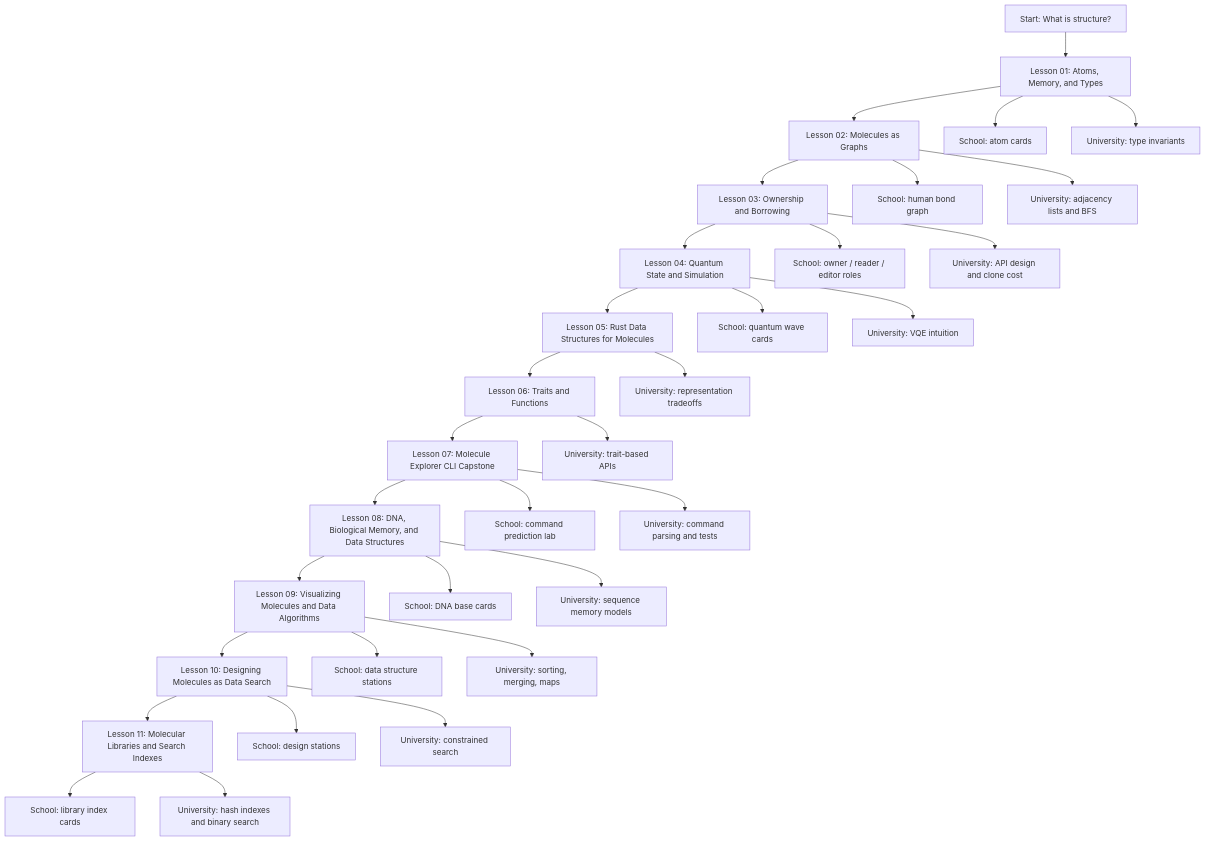
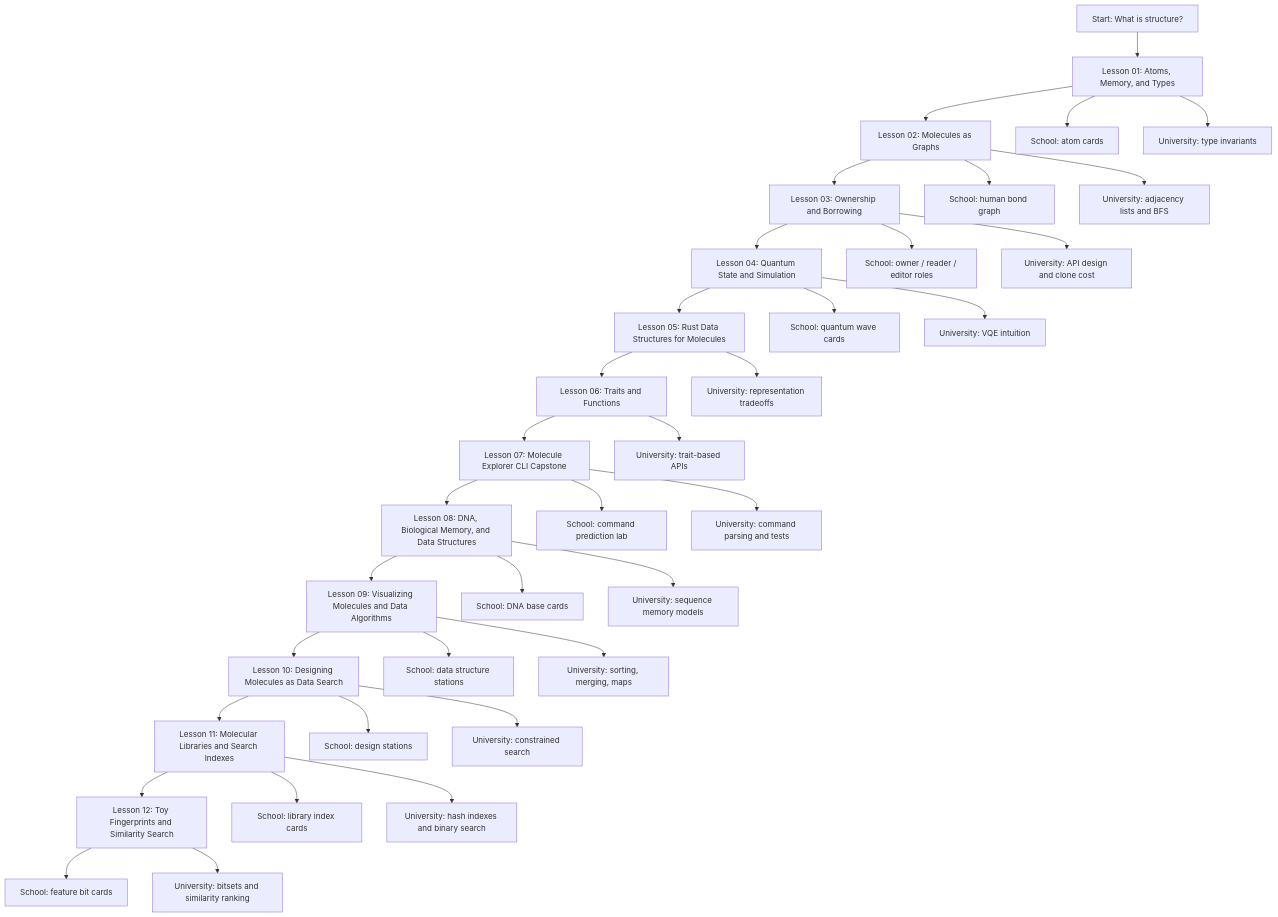
Before and after one commit to shastaratech/bio-memory-rust-lab: the diagram in visuals/mermaid/course-map.md, drawn with Mermaid. The commit also changed 21 other files, not shown here.

Commit message:
feat: add toy fingerprint similarity lesson

````diff
--- a/visuals/mermaid/course-map.md
+++ b/visuals/mermaid/course-map.md
@@ -9,36 +9,39 @@
 ```mermaid
 flowchart TD
     A["Start: What is structure?"] --> B["Lesson 01: Atoms, Memory, and Types"]
     B --> C["Lesson 02: Molecules as Graphs"]
     C --> D["Lesson 03: Ownership and Borrowing"]
     D --> E["Lesson 04: Quantum State and Simulation"]
     E --> F["Lesson 05: Rust Data Structures for Molecules"]
     F --> G["Lesson 06: Traits and Functions"]
     G --> H["Lesson 07: Molecule Explorer CLI Capstone"]
     H --> I["Lesson 08: DNA, Biological Memory, and Data Structures"]
     I --> J["Lesson 09: Visualizing Molecules and Data Algorithms"]
     J --> K["Lesson 10: Designing Molecules as Data Search"]
     K --> L["Lesson 11: Molecular Libraries and Search Indexes"]
+    L --> M["Lesson 12: Toy Fingerprints and Similarity Search"]
 
     B --> S1["School: atom cards"]
     C --> S2["School: human bond graph"]
     D --> S3["School: owner / reader / editor roles"]
     E --> S4["School: quantum wave cards"]
     H --> S7["School: command prediction lab"]
     I --> S8["School: DNA base cards"]
     J --> S9["School: data structure stations"]
     K --> S10["School: design stations"]
     L --> S11["School: library index cards"]
+    M --> S12["School: feature bit cards"]
 
     B --> U1["University: type invariants"]
     C --> U2["University: adjacency lists and BFS"]
     D --> U3["University: API design and clone cost"]
     E --> U4["University: VQE intuition"]
     F --> U5["University: representation tradeoffs"]
     G --> U6["University: trait-based APIs"]
     H --> U7["University: command parsing and tests"]
     I --> U8["University: sequence memory models"]
     J --> U9["University: sorting, merging, maps"]
     K --> U10["University: constrained search"]
     L --> U11["University: hash indexes and binary search"]
+    M --> U12["University: bitsets and similarity ranking"]
 ```
````
